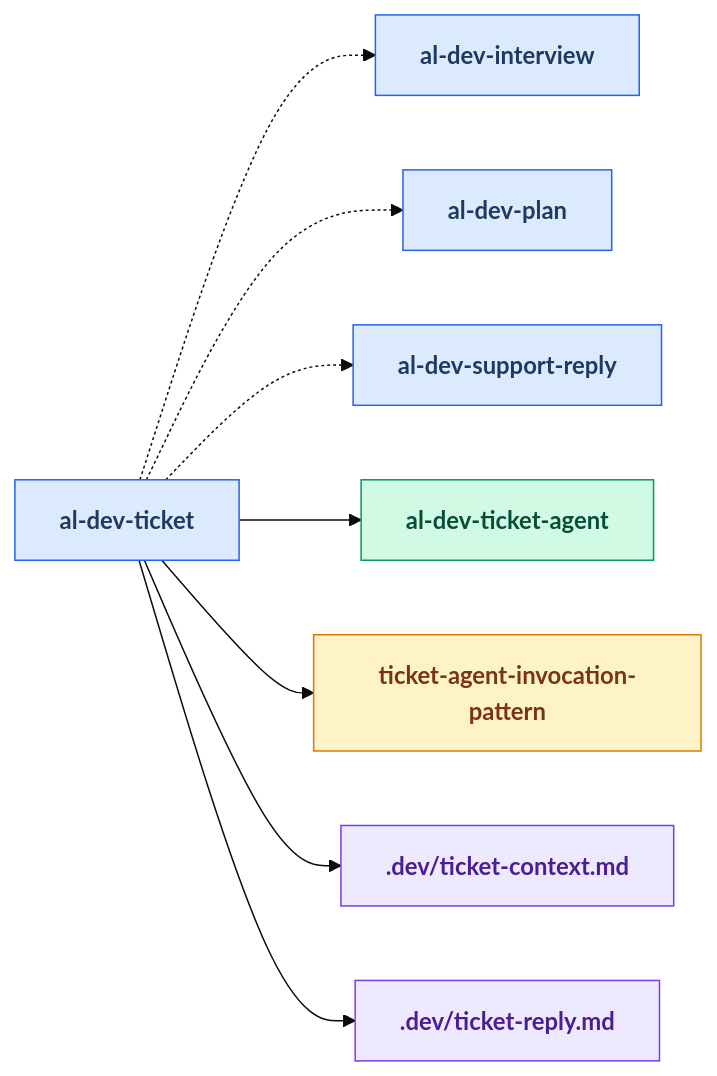
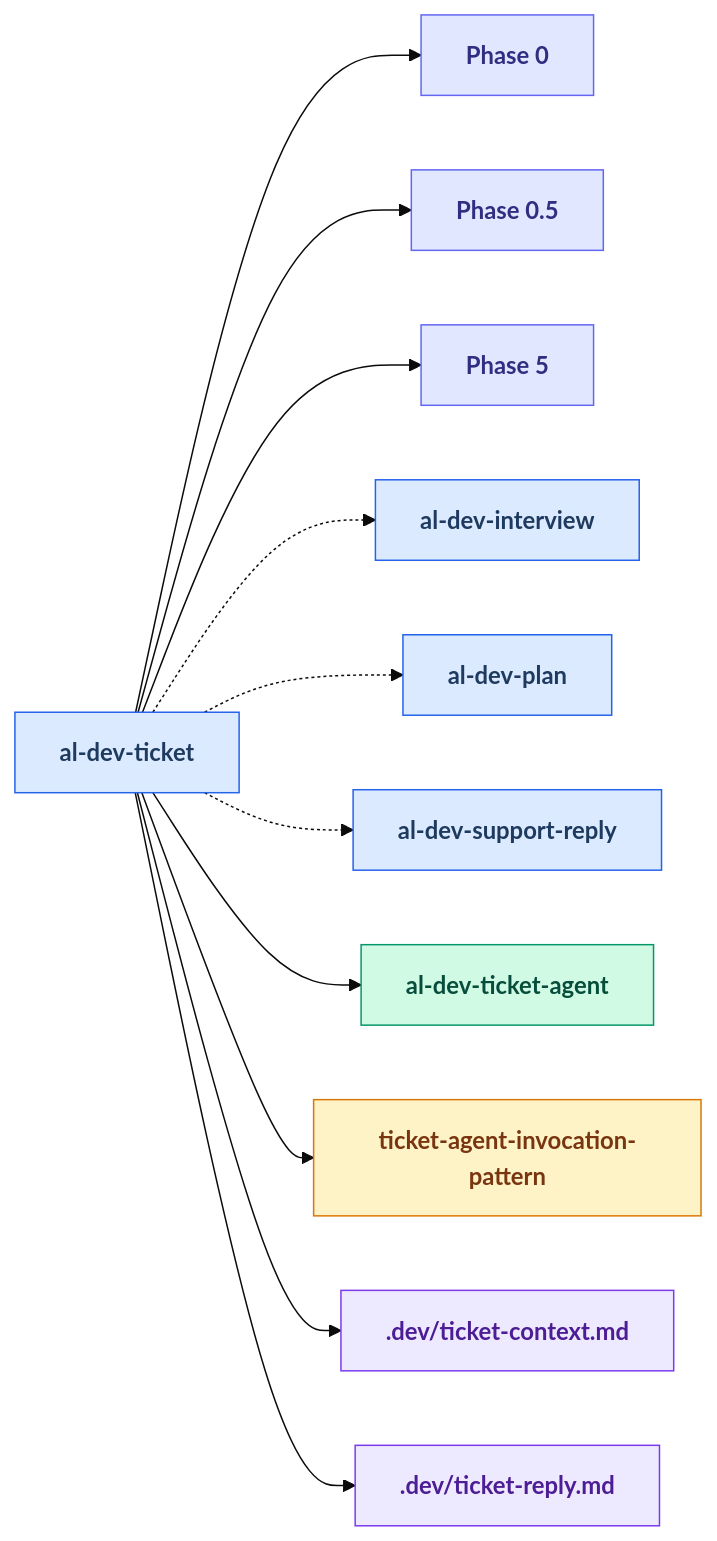
One commit to russell-laing/al-dev-shared changed the second of 25 diagrams in docs/al-dev-skills-map.md. Above: the diagram before and after it, drawn with Mermaid (base theme). The commit also changed other lines of this file and 1 other file, not shown here.

First line of the commit message:
feat: generate Phase<N> nodes in skill drilldown diagrams

````diff
--- a/docs/al-dev-skills-map.md
+++ b/docs/al-dev-skills-map.md
@@ -96,33 +96,43 @@
 ```mermaid
 flowchart LR
     classDef skillNode fill:#dbeafe,stroke:#2563eb,color:#1e3a5f,font-weight:bold
     classDef agentNode fill:#d1fae5,stroke:#059669,color:#064e3b,font-weight:bold
     classDef knowledgeNode fill:#fef3c7,stroke:#d97706,color:#78350f,font-weight:bold
     classDef artifactNode fill:#ede9fe,stroke:#7c3aed,color:#4c1d95,font-weight:bold
+    classDef phaseNode fill:#e0e7ff,stroke:#6366f1,color:#312e81,font-weight:bold
 
     skill_al_dev_ticket[al-dev-ticket]
+    Phase0["Phase 0"]
+    Phase0_5["Phase 0.5"]
+    Phase5["Phase 5"]
     skill_al_dev_interview[al-dev-interview]
     skill_al_dev_plan[al-dev-plan]
     skill_al_dev_support_reply[al-dev-support-reply]
     agent_al_dev_ticket_agent[al-dev-ticket-agent]
     knowledge_ticket_agent_invocation_pattern_md[ticket-agent-invocation-pattern]
     artifact_ticket_context_md[.dev/ticket-context.md]
     artifact_ticket_reply_md[.dev/ticket-reply.md]
 
+    skill_al_dev_ticket --> Phase0
+    skill_al_dev_ticket --> Phase0_5
+    skill_al_dev_ticket --> Phase5
     skill_al_dev_ticket -.-> skill_al_dev_interview
     skill_al_dev_ticket -.-> skill_al_dev_plan
     skill_al_dev_ticket -.-> skill_al_dev_support_reply
     skill_al_dev_ticket --> agent_al_dev_ticket_agent
     skill_al_dev_ticket --> knowledge_ticket_agent_invocation_pattern_md
     skill_al_dev_ticket --> artifact_ticket_context_md
     skill_al_dev_ticket --> artifact_ticket_reply_md
 
     class skill_al_dev_ticket skillNode
+    class Phase0 phaseNode
+    class Phase0_5 phaseNode
+    class Phase5 phaseNode
     class skill_al_dev_interview skillNode
     class skill_al_dev_plan skillNode
     class skill_al_dev_support_reply skillNode
     class agent_al_dev_ticket_agent agentNode
     class knowledge_ticket_agent_invocation_pattern_md knowledgeNode
     class artifact_ticket_context_md artifactNode
     class artifact_ticket_reply_md artifactNode
 ```
````
